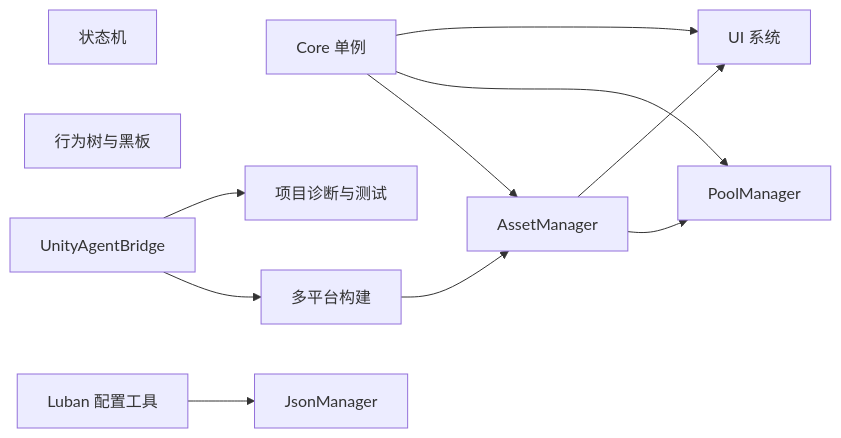
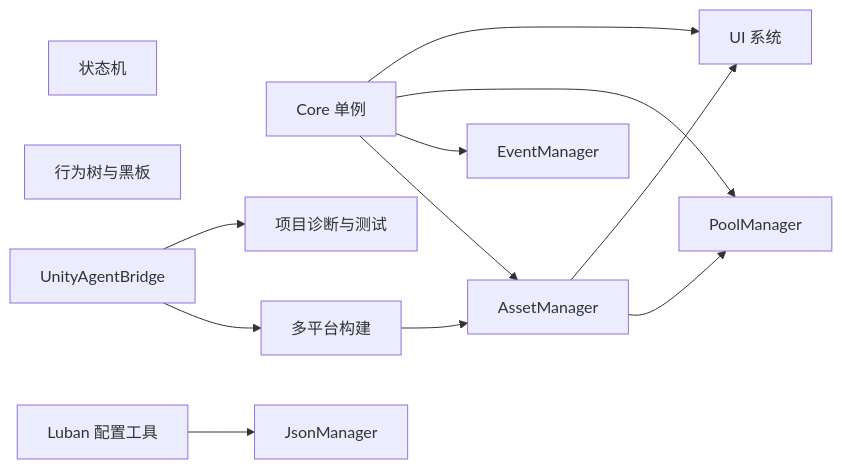
Before and after one commit to Sheng2580/ShengGameFrame: the diagram in README.md, drawn with Mermaid. The commit also changed other lines of this file and 12 other files, not shown here.

Commit message:
feat: add typed event manager

````diff
--- a/README.md
+++ b/README.md
@@ -26,15 +27,16 @@
 ```mermaid
 flowchart LR
     Core["Core 单例"] --> Assets["AssetManager"]
+    Core --> Events["EventManager"]
     Core --> Pool["PoolManager"]
     Core --> UI["UI 系统"]
     Assets --> Pool
     Assets --> UI
     State["状态机"]
     BT["行为树与黑板"]
     Json["JsonManager"]
     Luban["Luban 配置工具"] --> Json
     Build["多平台构建"] --> Assets
     Agent["UnityAgentBridge"] --> Build
     Agent --> Tests["项目诊断与测试"]
 ```
````
